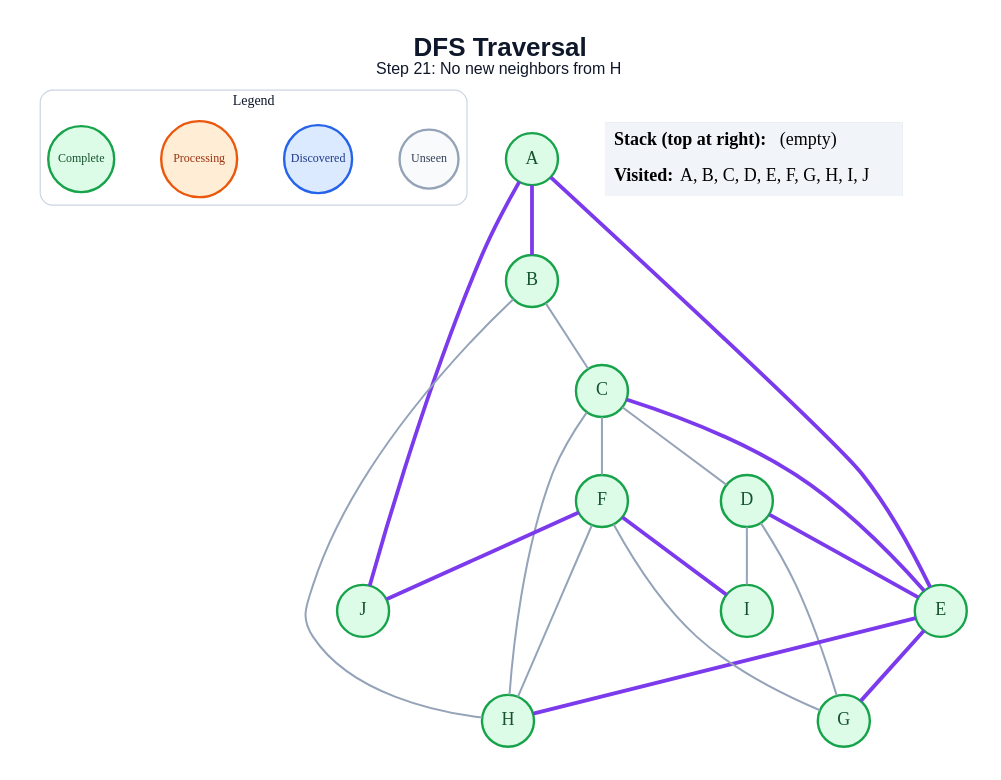
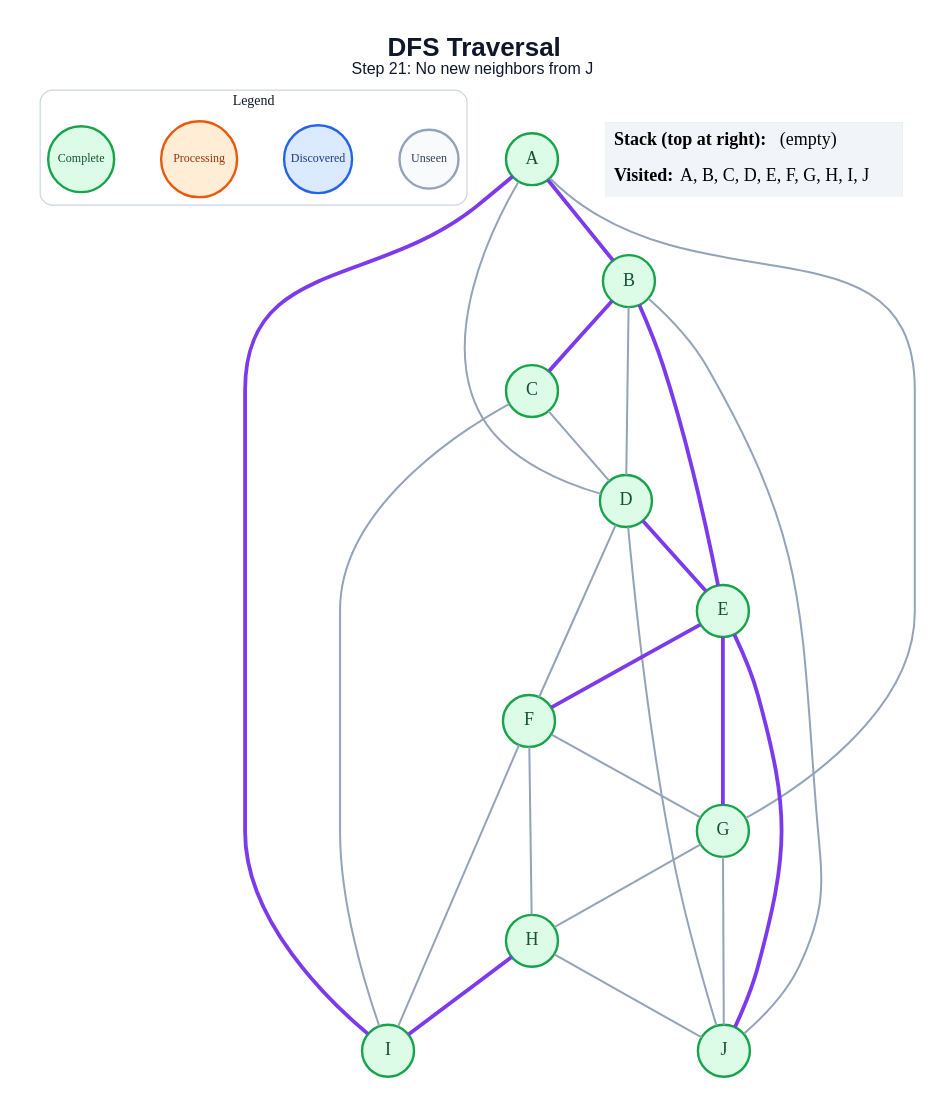
Before and after one commit to amanghodawala9/ai-slop: the diagram in generated/specific-node/dfs/step_21.dot, drawn with Graphviz. The commit also changed 178 other files, not shown here.

```diff
--- a/generated/specific-node/dfs/step_21.dot
+++ b/generated/specific-node/dfs/step_21.dot
@@ -1,47 +1,52 @@
 graph traversal {
   graph [layout=dot, rankdir=TB, bgcolor="#FFFFFF", pad="0.35", nodesep="0.65", ranksep="0.8", fontname="Arial"];
   node [shape=circle, style="filled", fontname="Arial Bold", fontsize=18, width=0.72, fixedsize=true, penwidth=2.4];
   edge [color="#94A3B8", penwidth=2.0];
-  label=<<B>DFS Traversal</B><BR/><FONT POINT-SIZE="16">Step 21: No new neighbors from H</FONT>>; labelloc="t"; fontsize=26; fontname="Arial"; fontcolor="#0F172A";
+  label=<<B>DFS Traversal</B><BR/><FONT POINT-SIZE="16">Step 21: No new neighbors from J</FONT>>; labelloc="t"; fontsize=26; fontname="Arial"; fontcolor="#0F172A";
   subgraph cluster_legend { label="Legend"; color="#CBD5E1"; penwidth=1.2; style="rounded"; fontsize=14; fontname="Arial Bold";
     key_unseen [label="Unseen", fillcolor="#F8FAFC", color="#94A3B8", fontcolor="#334155", fontsize=12, width=0.82];
     key_frontier [label="Discovered", fillcolor="#DBEAFE", color="#2563EB", fontcolor="#1E3A8A", fontsize=12, width=0.95];
     key_current [label="Processing", fillcolor="#FFEDD5", color="#EA580C", fontcolor="#9A3412", fontsize=12, width=1.05];
     key_done [label="Complete", fillcolor="#DCFCE7", color="#16A34A", fontcolor="#14532D", fontsize=12, width=0.92];
     { rank=same; key_unseen; key_frontier; key_current; key_done; }
   }
   A [fillcolor="#DCFCE7", color="#16A34A", fontcolor="#14532D"];
   B [fillcolor="#DCFCE7", color="#16A34A", fontcolor="#14532D"];
   C [fillcolor="#DCFCE7", color="#16A34A", fontcolor="#14532D"];
   D [fillcolor="#DCFCE7", color="#16A34A", fontcolor="#14532D"];
   E [fillcolor="#DCFCE7", color="#16A34A", fontcolor="#14532D"];
   F [fillcolor="#DCFCE7", color="#16A34A", fontcolor="#14532D"];
   G [fillcolor="#DCFCE7", color="#16A34A", fontcolor="#14532D"];
   H [fillcolor="#DCFCE7", color="#16A34A", fontcolor="#14532D"];
   I [fillcolor="#DCFCE7", color="#16A34A", fontcolor="#14532D"];
   J [fillcolor="#DCFCE7", color="#16A34A", fontcolor="#14532D"];
   A -- B [color="#7C3AED", penwidth=3.8];
-  A -- E [color="#7C3AED", penwidth=3.8];
-  A -- J [color="#7C3AED", penwidth=3.8];
-  B -- C;
-  B -- H;
+  A -- D;
+  A -- G;
+  A -- I [color="#7C3AED", penwidth=3.8];
+  B -- C [color="#7C3AED", penwidth=3.8];
+  B -- D;
+  B -- E [color="#7C3AED", penwidth=3.8];
+  B -- J;
   C -- D;
-  C -- E [color="#7C3AED", penwidth=3.8];
-  C -- F;
-  C -- H;
+  C -- I;
   D -- E [color="#7C3AED", penwidth=3.8];
-  D -- G;
-  D -- I;
+  D -- F;
+  D -- J;
+  E -- F [color="#7C3AED", penwidth=3.8];
   E -- G [color="#7C3AED", penwidth=3.8];
-  E -- H [color="#7C3AED", penwidth=3.8];
+  E -- J [color="#7C3AED", penwidth=3.8];
   F -- G;
   F -- H;
-  F -- I [color="#7C3AED", penwidth=3.8];
-  F -- J [color="#7C3AED", penwidth=3.8];
+  F -- I;
+  G -- H;
+  G -- J;
+  H -- I [color="#7C3AED", penwidth=3.8];
+  H -- J;
   status [shape=plain, fixedsize=false, width=0, height=0, margin=0, label=<
     <TABLE BORDER="0" CELLBORDER="0" CELLPADDING="7" BGCOLOR="#F1F5F9">
       <TR><TD ALIGN="LEFT"><B>Stack (top at right):</B> (empty)</TD></TR>
       <TR><TD ALIGN="LEFT"><B>Visited:</B> A, B, C, D, E, F, G, H, I, J</TD></TR>
     </TABLE>
   >];
 }
```
